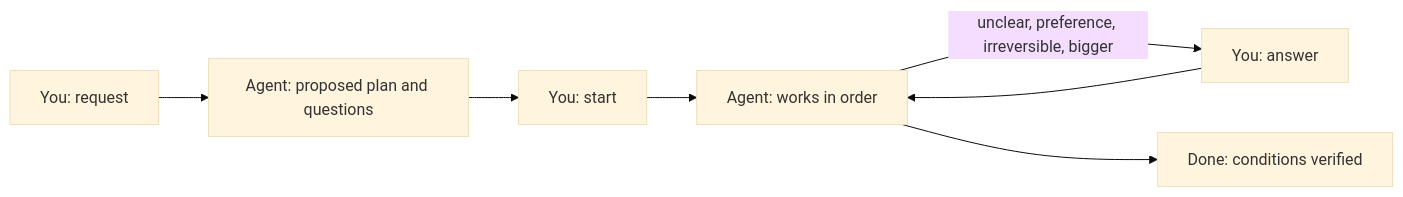
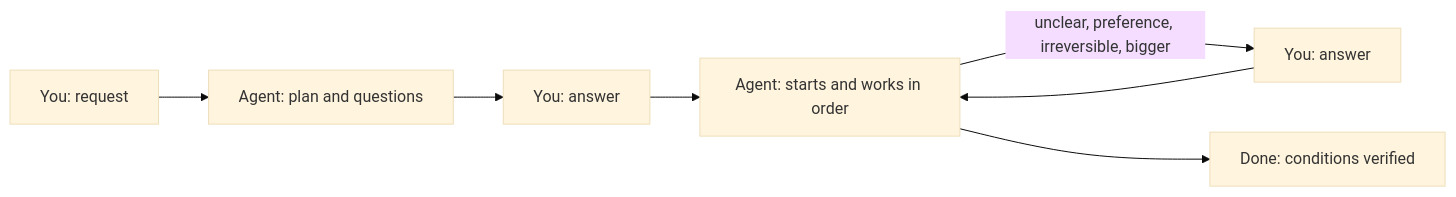
Before and after one commit to FooQoo/agent-board: the diagram in docs/guide/index.md, drawn with Mermaid (base theme). The commit also changed other lines of this file and 73 other files, not shown here.

````diff
--- a/docs/guide/index.md
+++ b/docs/guide/index.md
@@ -45,9 +45,9 @@
 ```mermaid
 flowchart LR
-    R["You: request"] --> P["Agent: proposed plan and questions"]
-    P --> A["You: start"]
-    A --> W["Agent: works in order"]
+    R["You: request"] --> P["Agent: plan and questions"]
+    P --> A["You: answer"]
+    A --> W["Agent: starts and works in order"]
     W -- "unclear, preference, irreversible, bigger" --> Q["You: answer"]
     Q --> W
     W --> D["Done: conditions verified"]
 ```
````
